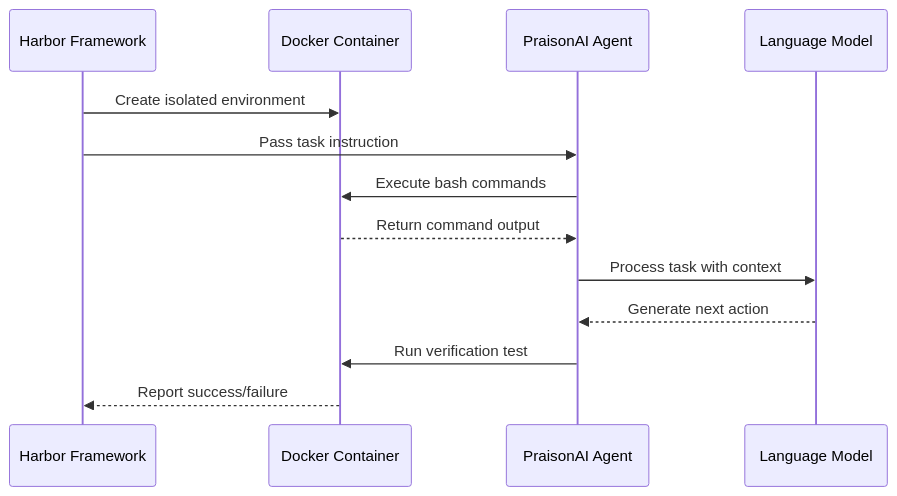
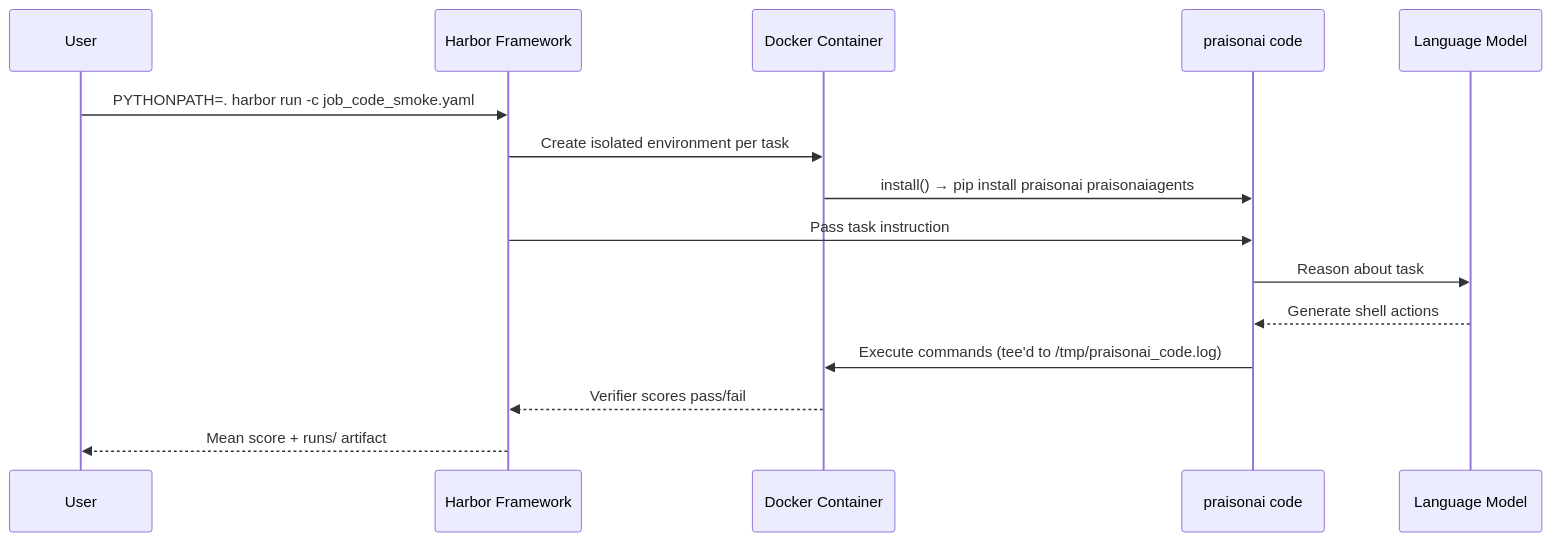
Before and after one commit to MervinPraison/PraisonAIDocs: the second of 2 diagrams in docs/features/terminal-bench.mdx, drawn with Mermaid. The commit also changed other lines of this file, not shown here.

Commit message:
docs: update Terminal-Bench integration for 2.1 + praisonai code adapter (fixes #2240)

````diff
--- a/docs/features/terminal-bench.mdx
+++ b/docs/features/terminal-bench.mdx
@@ -82,16 +81,18 @@
 ```mermaid
 sequenceDiagram
+    participant User
     participant Harbor as Harbor Framework
     participant Container as Docker Container
-    participant Agent as PraisonAI Agent
+    participant Code as praisonai code
     participant LLM as Language Model
-    
-    Harbor->>Container: Create isolated environment
-    Harbor->>Agent: Pass task instruction
-    Agent->>Container: Execute bash commands
-    Container-->>Agent: Return command output
-    Agent->>LLM: Process task with context
-    LLM-->>Agent: Generate next action
-    Agent->>Container: Run verification test
-    Container-->>Harbor: Report success/failure
+
+    User->>Harbor: PYTHONPATH=. harbor run -c job_code_smoke.yaml
+    Harbor->>Container: Create isolated environment per task
+    Container->>Code: install() → pip install praisonai praisonaiagents
+    Harbor->>Code: Pass task instruction
+    Code->>LLM: Reason about task
+    LLM-->>Code: Generate shell actions
+    Code->>Container: Execute commands (tee'd to /tmp/praisonai_code.log)
+    Container-->>Harbor: Verifier scores pass/fail
+    Harbor-->>User: Mean score + runs/ artifact
 ```
````
